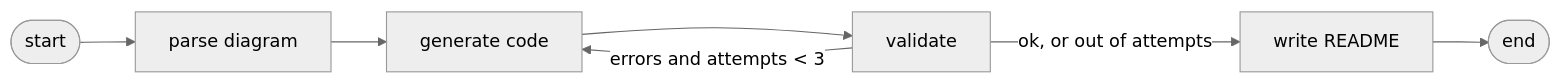
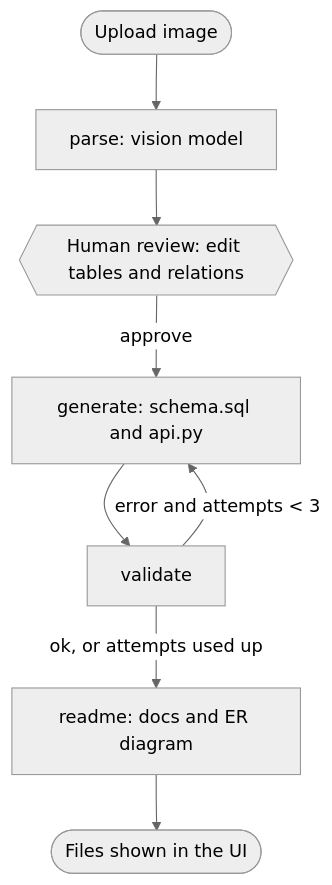
The third of 3 diagrams in README.md (Omkore-09/Whiteboard-to-Code-agent), drawn with Mermaid (neutral theme) before and after one commit. The commit also changed other lines of this file, not shown here.

````diff
--- a/README.md
+++ b/README.md
@@ -42,9 +106,10 @@
 ```mermaid
-flowchart LR
-    S([start]) --> P[parse diagram]
-    P --> G[generate code]
+flowchart TD
+    U([Upload image]) --> P[parse: vision model]
+    P --> RV{{Human review: edit tables and relations}}
+    RV -->|approve| G[generate: schema.sql and api.py]
     G --> V[validate]
-    V -->|errors and attempts < 3| G
-    V -->|ok, or out of attempts| R[write README]
-    R --> E([end])
+    V -->|error and attempts < 3| G
+    V -->|ok, or attempts used up| D[readme: docs and ER diagram]
+    D --> O([Files shown in the UI])
 ```
````
